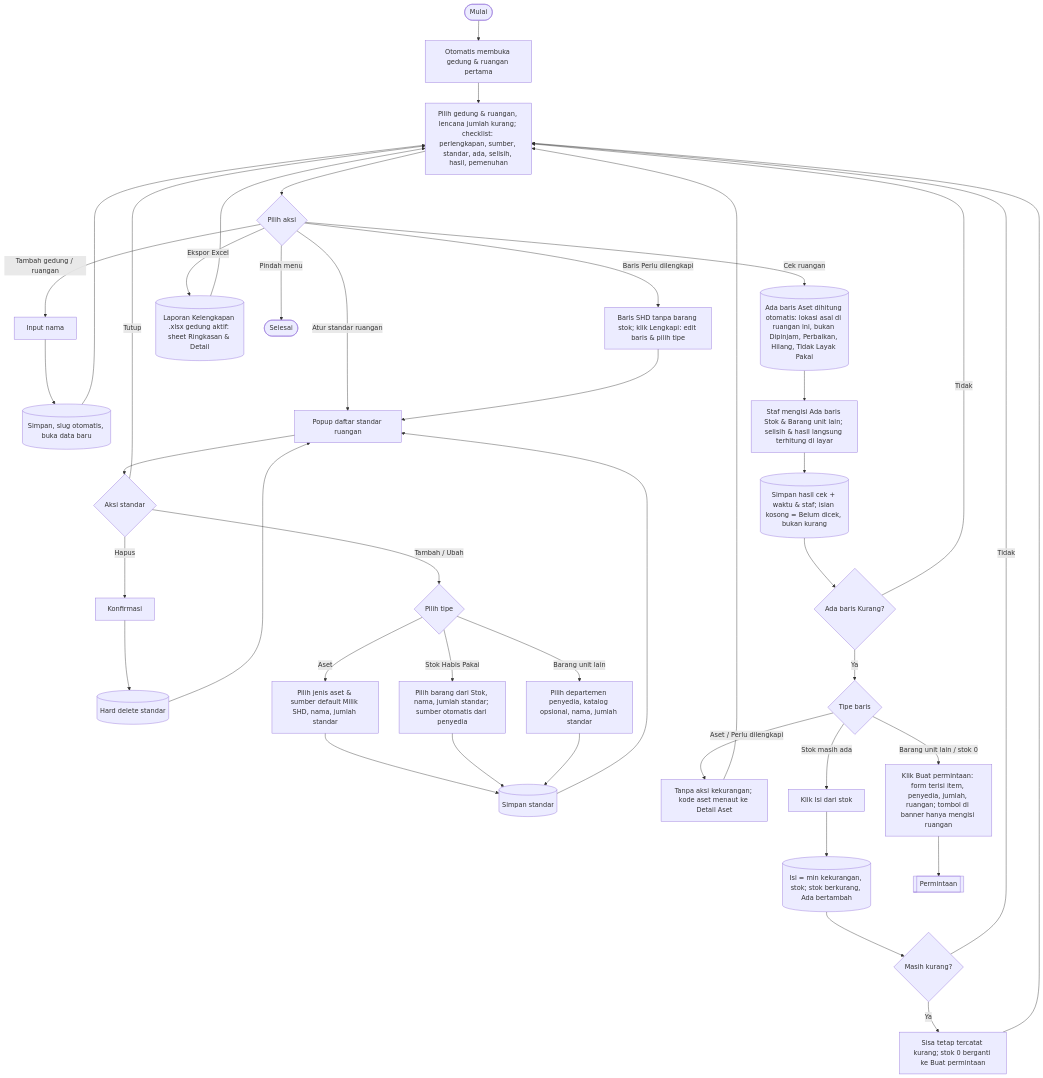
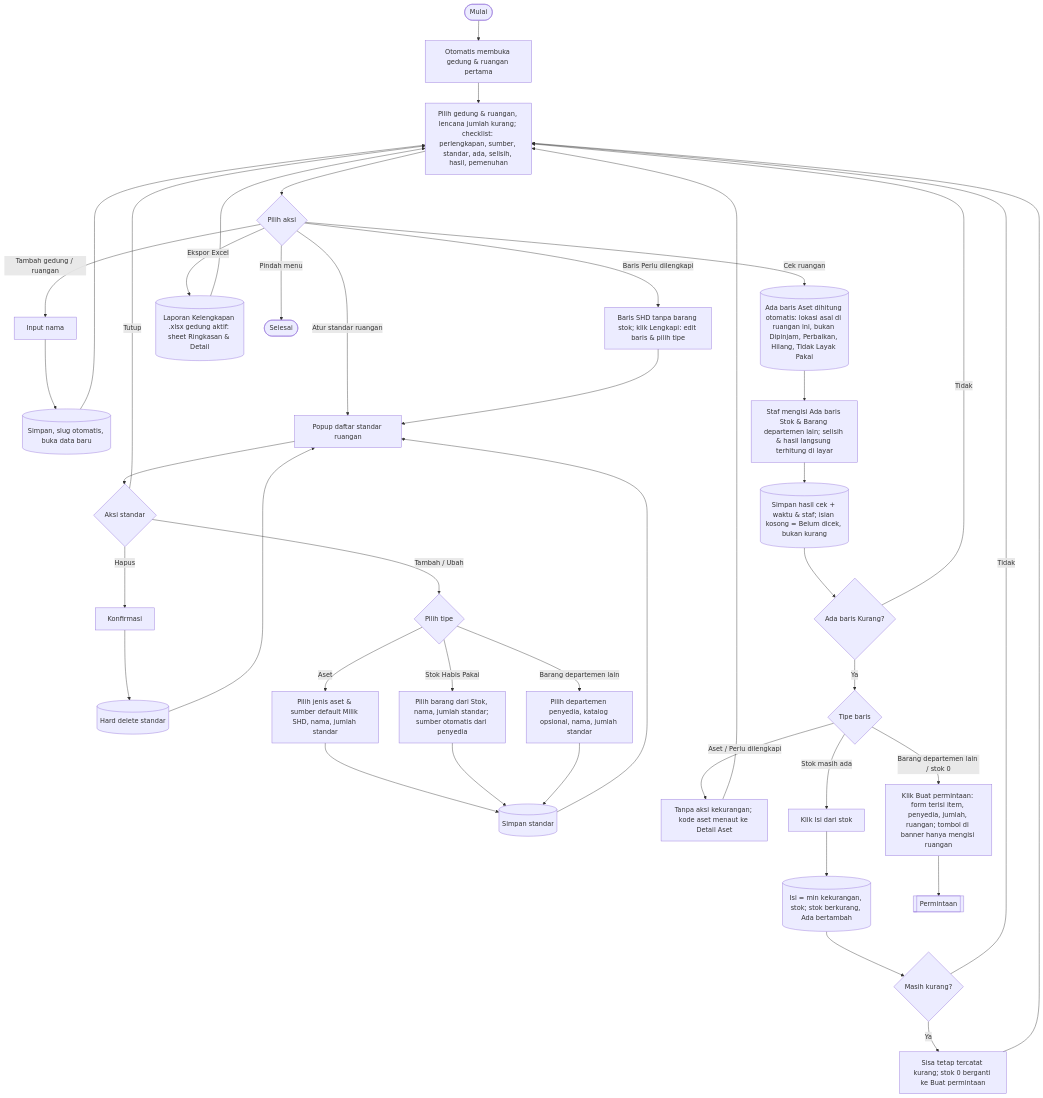
Before and after one commit to mrizqihidayat/system-tracking-asset: the sixth of 9 diagrams in docs/flowchart.md, drawn with Mermaid. The commit also changed other lines of this file and 41 other files, not shown here.

First line of the commit message:
T26q: istilah Departemen menggantikan unit organisasi

````diff
--- a/docs/flowchart.md
+++ b/docs/flowchart.md
@@ -220,36 +220,36 @@
 ```mermaid
 flowchart TD
     A([Mulai]) --> A1[Otomatis membuka gedung & ruangan pertama]
     A1 --> B[Pilih gedung & ruangan, lencana jumlah kurang; checklist: perlengkapan, sumber, standar, ada, selisih, hasil, pemenuhan]
     B --> C{Pilih aksi}
 
     C -- Tambah gedung / ruangan --> N1[Input nama] --> N2[(Simpan, slug otomatis, buka data baru)] --> B
 
     C -- Atur standar ruangan --> S1[Popup daftar standar ruangan]
     S1 --> S2{Aksi standar}
     S2 -- Tutup --> B
     S2 -- Hapus --> S3[Konfirmasi] --> S4[(Hard delete standar)] --> S1
     S2 -- Tambah / Ubah --> S5{Pilih tipe}
     S5 -- Aset --> S6[Pilih jenis aset & sumber default Milik SHD, nama, jumlah standar]
     S5 -- Stok Habis Pakai --> S8[Pilih barang dari Stok, nama, jumlah standar; sumber otomatis dari penyedia]
-    S5 -- Barang unit lain --> S9[Pilih departemen penyedia, katalog opsional, nama, jumlah standar]
+    S5 -- Barang departemen lain --> S9[Pilih departemen penyedia, katalog opsional, nama, jumlah standar]
     S6 & S8 & S9 --> S7[(Simpan standar)] --> S1
 
     C -- Baris Perlu dilengkapi --> K11[Baris SHD tanpa barang stok; klik Lengkapi: edit baris & pilih tipe] --> S1
 
     C -- Cek ruangan --> K3[(Ada baris Aset dihitung otomatis: lokasi asal di ruangan ini, bukan Dipinjam, Perbaikan, Hilang, Tidak Layak Pakai)]
-    K3 --> K4[Staf mengisi Ada baris Stok & Barang unit lain; selisih & hasil langsung terhitung di layar]
+    K3 --> K4[Staf mengisi Ada baris Stok & Barang departemen lain; selisih & hasil langsung terhitung di layar]
     K4 --> K5[(Simpan hasil cek + waktu & staf; isian kosong = Belum dicek, bukan kurang)]
     K5 --> K6{Ada baris Kurang?}
     K6 -- Tidak --> B
     K6 -- Ya --> K7{Tipe baris}
     K7 -- Aset / Perlu dilengkapi --> K8[Tanpa aksi kekurangan; kode aset menaut ke Detail Aset] --> B
     K7 -- Stok masih ada --> F1[Klik Isi dari stok] --> F2[(Isi = min kekurangan, stok; stok berkurang, Ada bertambah)]
     F2 --> F3{Masih kurang?}
     F3 -- Tidak --> B
     F3 -- Ya --> F4[Sisa tetap tercatat kurang; stok 0 berganti ke Buat permintaan] --> B
-    K7 -- Barang unit lain / stok 0 --> K9[Klik Buat permintaan: form terisi item, penyedia, jumlah, ruangan; tombol di banner hanya mengisi ruangan] --> K10[[Permintaan]]
+    K7 -- Barang departemen lain / stok 0 --> K9[Klik Buat permintaan: form terisi item, penyedia, jumlah, ruangan; tombol di banner hanya mengisi ruangan] --> K10[[Permintaan]]
 
     C -- Ekspor Excel --> X1[(Laporan Kelengkapan .xlsx gedung aktif: sheet Ringkasan & Detail)] --> B
     C -- Pindah menu --> Z([Selesai])
 ```
````
